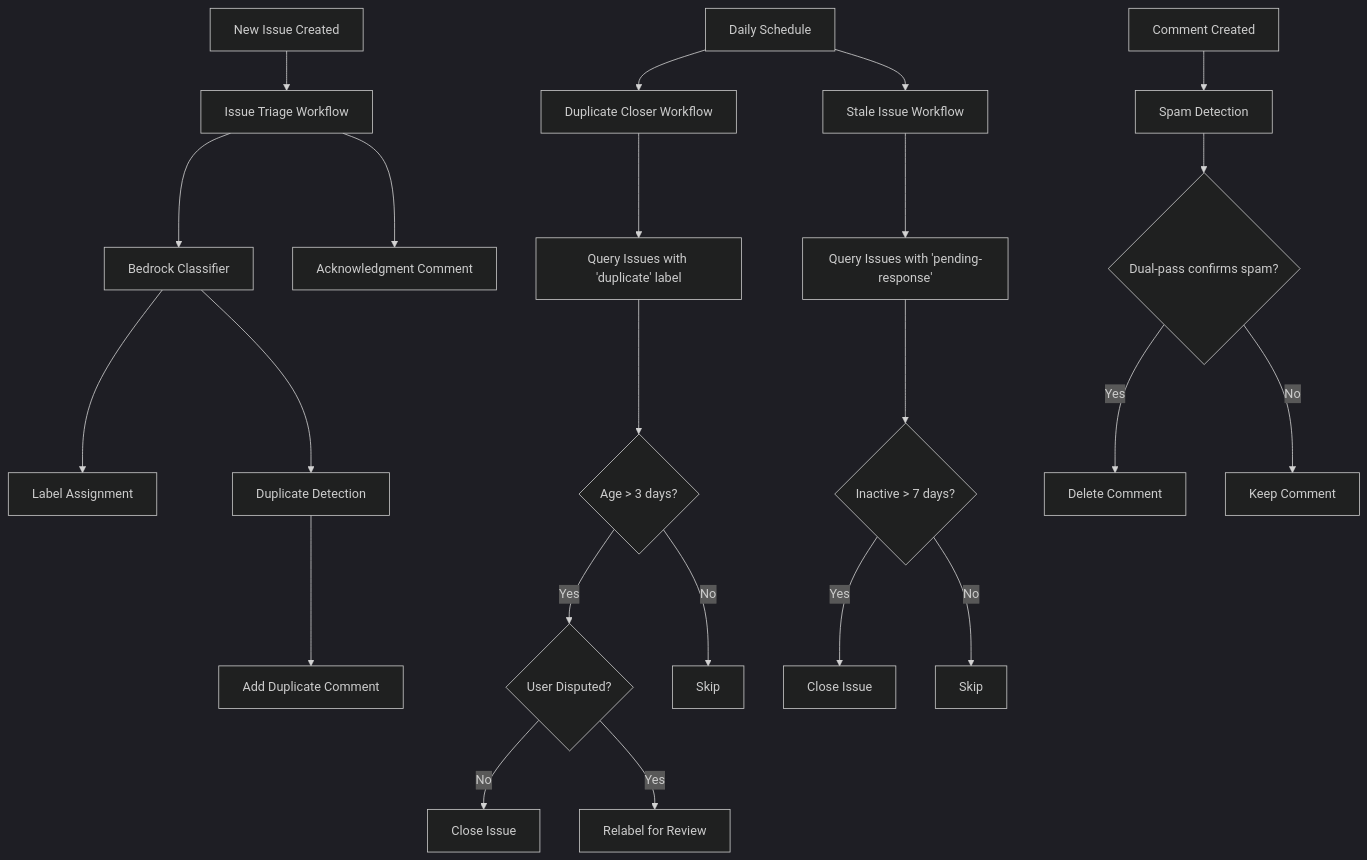
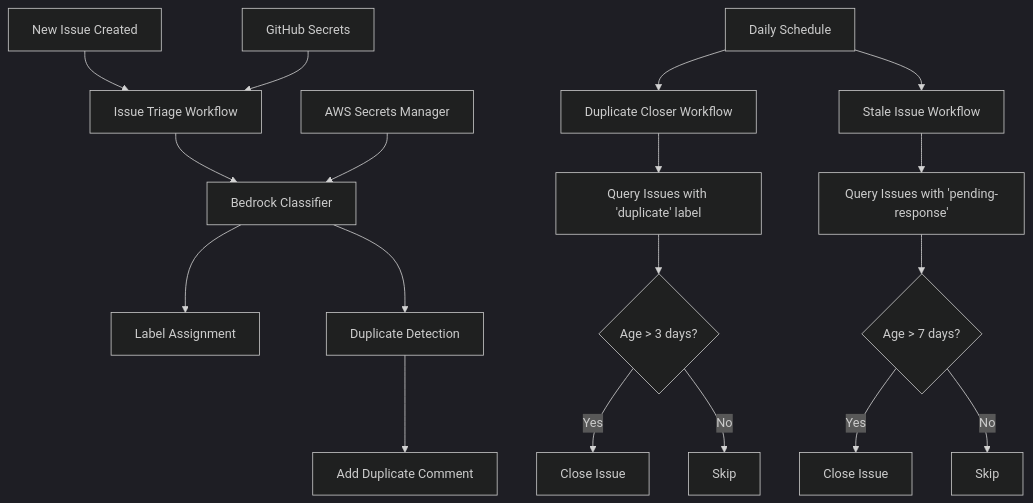
One commit to RealMiLyfe/MiForgeUpdated changed the diagram in .kiro/specs/github-issue-automation/design.md. Above: the diagram before and after it, drawn with Mermaid (dark theme). The commit also changed other lines of this file and 52 other files, not shown here.

````diff
--- a/.kiro/specs/github-issue-automation/design.md
+++ b/.kiro/specs/github-issue-automation/design.md
@@ -17,28 +17,23 @@
 ```mermaid
 graph TB
     A[New Issue Created] --> B[Issue Triage Workflow]
     B --> C[Bedrock Classifier]
     C --> D[Label Assignment]
     C --> E[Duplicate Detection]
     E --> F[Add Duplicate Comment]
-    B --> G[Acknowledgment Comment]
     
-    H[Daily Schedule] --> I[Duplicate Closer Workflow]
-    I --> J[Query Issues with 'duplicate' label]
-    J --> K{Age > 3 days?}
-    K -->|Yes| L{User Disputed?}
-    L -->|No| M[Close Issue]
-    L -->|Yes| N[Relabel for Review]
-    K -->|No| O[Skip]
+    G[Daily Schedule] --> H[Duplicate Closer Workflow]
+    H --> I[Query Issues with 'duplicate' label]
+    I --> J{Age > 3 days?}
+    J -->|Yes| K[Close Issue]
+    J -->|No| L[Skip]
     
-    H --> P[Stale Issue Workflow]
-    P --> Q[Query Issues with 'pending-response']
-    Q --> R{Inactive > 7 days?}
-    R -->|Yes| S[Close Issue]
-    R -->|No| T[Skip]
+    G --> M[Stale Issue Workflow]
+    M --> N[Query Issues with 'pending-response']
+    N --> O{Age > 7 days?}
+    O -->|Yes| P[Close Issue]
+    O -->|No| Q[Skip]
     
-    U[Comment Created] --> V[Spam Detection]
-    V --> W{Dual-pass confirms spam?}
-    W -->|Yes| X[Delete Comment]
-    W -->|No| Y[Keep Comment]
+    R[AWS Secrets Manager] --> C
+    S[GitHub Secrets] --> B
 ```
````
